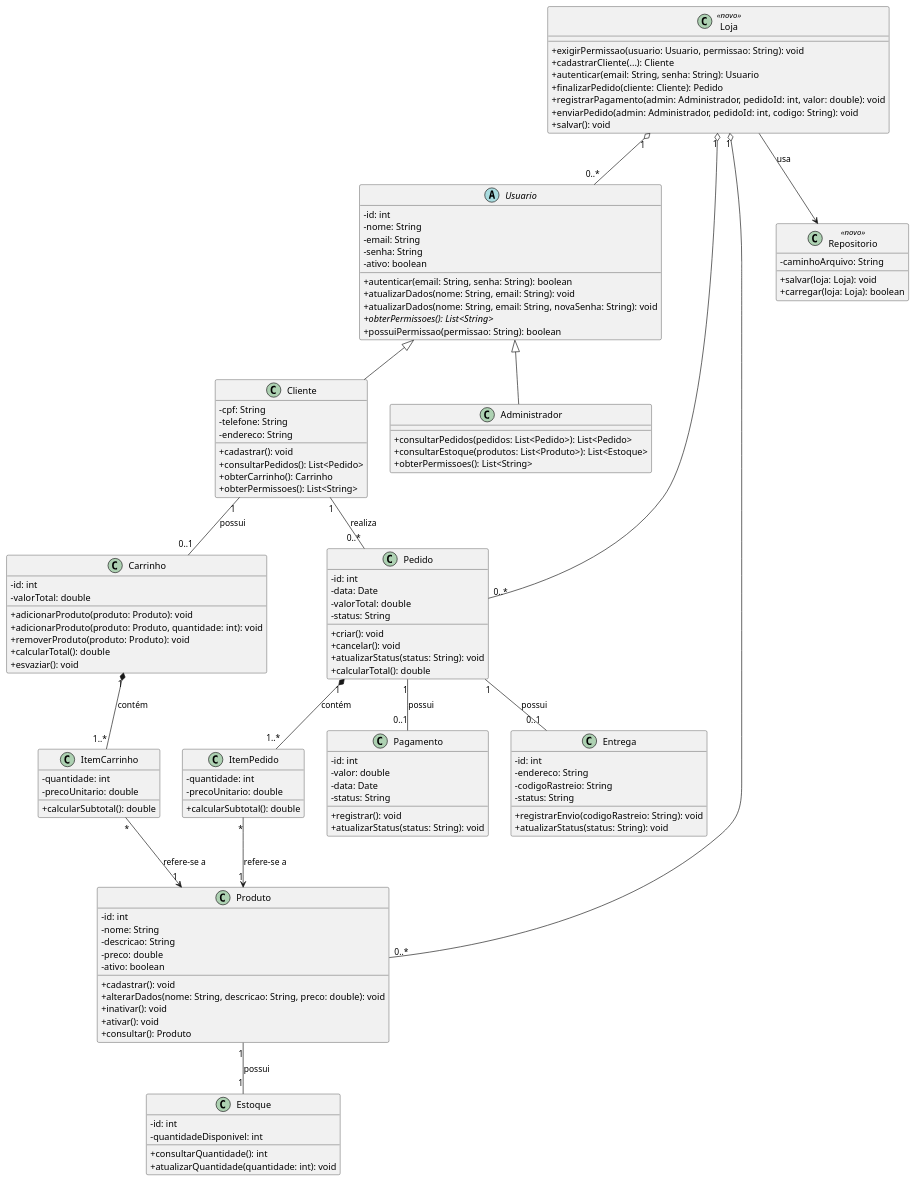
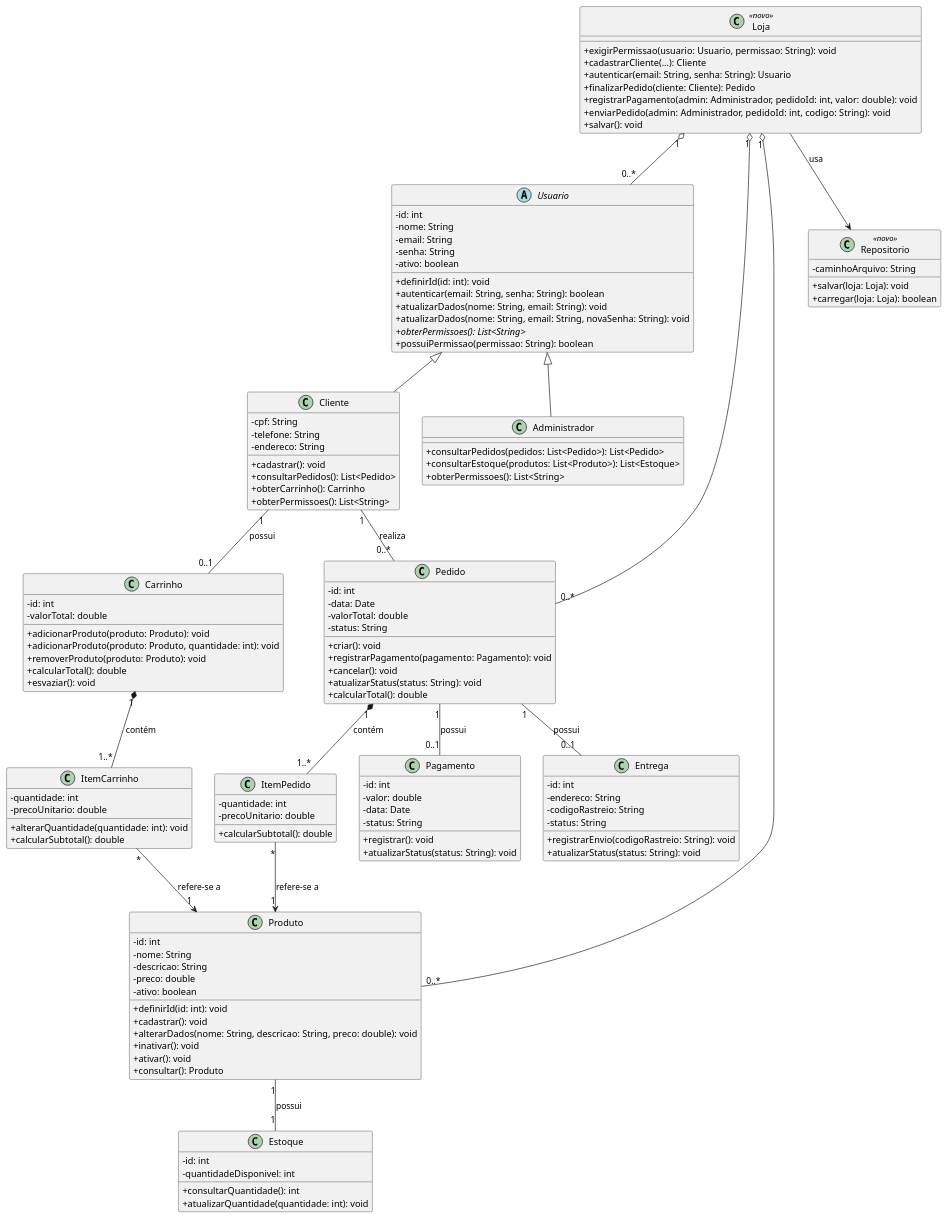
Before and after one commit to LeonardoDeChico/avenzi-poo: the diagram in diagrama_atualizado.puml, drawn with PlantUML. The commit also changed 21 other files, not shown here.

```diff
--- a/diagrama_atualizado.puml
+++ b/diagrama_atualizado.puml
@@ -1,137 +1,143 @@
 @startuml Avenzi
 ' Diagrama de classes atualizado após a implementação.
 ' Mudanças em relação à Atividade 4 estão marcadas com <<novo>> / comentários.
+' Encapsulamento: todo atributo marcado com "-" é privado no código (prefixo _)
+' e só pode ser lido de fora (@property); a alteração é feita pelos métodos "+".
 skinparam classAttributeIconSize 0
 
 abstract class Usuario {
   -id: int
   -nome: String
   -email: String
   -senha: String
   -ativo: boolean
+  +definirId(id: int): void
   +autenticar(email: String, senha: String): boolean
   +atualizarDados(nome: String, email: String): void
   +atualizarDados(nome: String, email: String, novaSenha: String): void
   +{abstract} obterPermissoes(): List<String>
   +possuiPermissao(permissao: String): boolean
 }
 
 class Cliente {
   -cpf: String
   -telefone: String
   -endereco: String
   +cadastrar(): void
   +consultarPedidos(): List<Pedido>
   +obterCarrinho(): Carrinho
   +obterPermissoes(): List<String>
 }
 
 class Administrador {
   +consultarPedidos(pedidos: List<Pedido>): List<Pedido>
   +consultarEstoque(produtos: List<Produto>): List<Estoque>
   +obterPermissoes(): List<String>
 }
 
 class Carrinho {
   -id: int
   -valorTotal: double
   +adicionarProduto(produto: Produto): void
   +adicionarProduto(produto: Produto, quantidade: int): void
   +removerProduto(produto: Produto): void
   +calcularTotal(): double
   +esvaziar(): void
 }
 
 class ItemCarrinho {
   -quantidade: int
   -precoUnitario: double
+  +alterarQuantidade(quantidade: int): void
   +calcularSubtotal(): double
 }
 
 class Pedido {
   -id: int
   -data: Date
   -valorTotal: double
   -status: String
   +criar(): void
+  +registrarPagamento(pagamento: Pagamento): void
   +cancelar(): void
   +atualizarStatus(status: String): void
   +calcularTotal(): double
 }
 
 class ItemPedido {
   -quantidade: int
   -precoUnitario: double
   +calcularSubtotal(): double
 }
 
 class Produto {
   -id: int
   -nome: String
   -descricao: String
   -preco: double
   -ativo: boolean
+  +definirId(id: int): void
   +cadastrar(): void
   +alterarDados(nome: String, descricao: String, preco: double): void
   +inativar(): void
   +ativar(): void
   +consultar(): Produto
 }
 
 class Estoque {
   -id: int
   -quantidadeDisponivel: int
   +consultarQuantidade(): int
   +atualizarQuantidade(quantidade: int): void
 }
 
 class Pagamento {
   -id: int
   -valor: double
   -data: Date
   -status: String
   +registrar(): void
   +atualizarStatus(status: String): void
 }
 
 class Entrega {
   -id: int
   -endereco: String
   -codigoRastreio: String
   -status: String
   +registrarEnvio(codigoRastreio: String): void
   +atualizarStatus(status: String): void
 }
 
 class Loja <<novo>> {
   +exigirPermissao(usuario: Usuario, permissao: String): void
   +cadastrarCliente(...): Cliente
   +autenticar(email: String, senha: String): Usuario
   +finalizarPedido(cliente: Cliente): Pedido
   +registrarPagamento(admin: Administrador, pedidoId: int, valor: double): void
   +enviarPedido(admin: Administrador, pedidoId: int, codigo: String): void
   +salvar(): void
 }
 
 class Repositorio <<novo>> {
   -caminhoArquivo: String
   +salvar(loja: Loja): void
   +carregar(loja: Loja): boolean
 }
 
 Usuario <|-- Cliente
 Usuario <|-- Administrador
 Cliente "1" -- "0..1" Carrinho : possui
 Cliente "1" -- "0..*" Pedido : realiza
 Carrinho "1" *-- "1..*" ItemCarrinho : contém
 Pedido "1" *-- "1..*" ItemPedido : contém
 ItemCarrinho "*" --> "1" Produto : refere-se a
 ItemPedido "*" --> "1" Produto : refere-se a
 Produto "1" -- "1" Estoque : possui
 Pedido "1" -- "0..1" Pagamento : possui
 Pedido "1" -- "0..1" Entrega : possui
 Loja "1" o-- "0..*" Usuario
 Loja "1" o-- "0..*" Produto
 Loja "1" o-- "0..*" Pedido
 Loja --> Repositorio : usa
 @enduml
```
